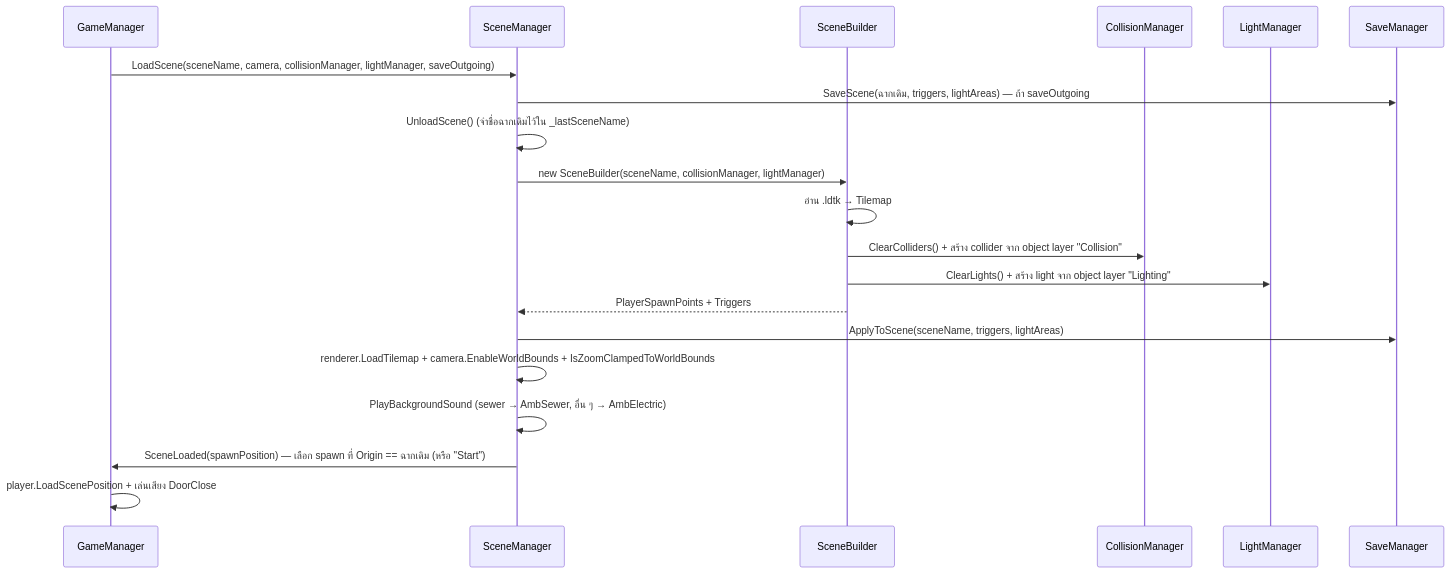
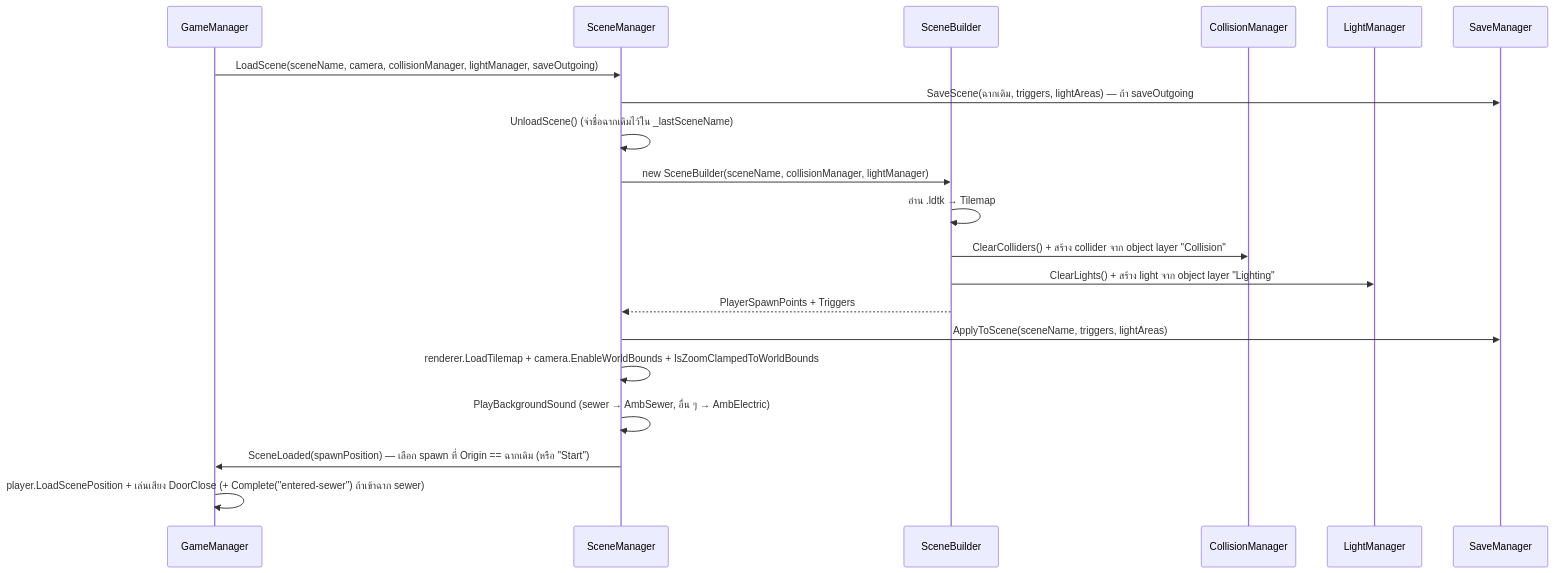
The third of 3 diagrams in docs/03_Software/01-system-design.md (Sambopukkazz/DG225_CoreX), drawn with Mermaid before and after one commit. The commit also changed other lines of this file and 21 other files, not shown here.

````diff
--- a/docs/03_Software/01-system-design.md
+++ b/docs/03_Software/01-system-design.md
@@ -134,23 +153,23 @@
 ```mermaid
 sequenceDiagram
     participant GM as GameManager
     participant SM as SceneManager
     participant SB as SceneBuilder
     participant CM as CollisionManager
     participant LM as LightManager
     participant SV as SaveManager
 
     GM->>SM: LoadScene(sceneName, camera, collisionManager, lightManager, saveOutgoing)
     SM->>SV: SaveScene(ฉากเดิม, triggers, lightAreas) — ถ้า saveOutgoing
     SM->>SM: UnloadScene() (จำชื่อฉากเดิมไว้ใน _lastSceneName)
     SM->>SB: new SceneBuilder(sceneName, collisionManager, lightManager)
     SB->>SB: อ่าน .ldtk → Tilemap
     SB->>CM: ClearColliders() + สร้าง collider จาก object layer "Collision"
     SB->>LM: ClearLights() + สร้าง light จาก object layer "Lighting"
     SB-->>SM: PlayerSpawnPoints + Triggers
     SM->>SV: ApplyToScene(sceneName, triggers, lightAreas)
     SM->>SM: renderer.LoadTilemap + camera.EnableWorldBounds + IsZoomClampedToWorldBounds
     SM->>SM: PlayBackgroundSound (sewer → AmbSewer, อื่น ๆ → AmbElectric)
     SM->>GM: SceneLoaded(spawnPosition) — เลือก spawn ที่ Origin == ฉากเดิม (หรือ "Start")
-    GM->>GM: player.LoadScenePosition + เล่นเสียง DoorClose
+    GM->>GM: player.LoadScenePosition + เล่นเสียง DoorClose (+ Complete("entered-sewer") ถ้าเข้าฉาก sewer)
 ```
````
